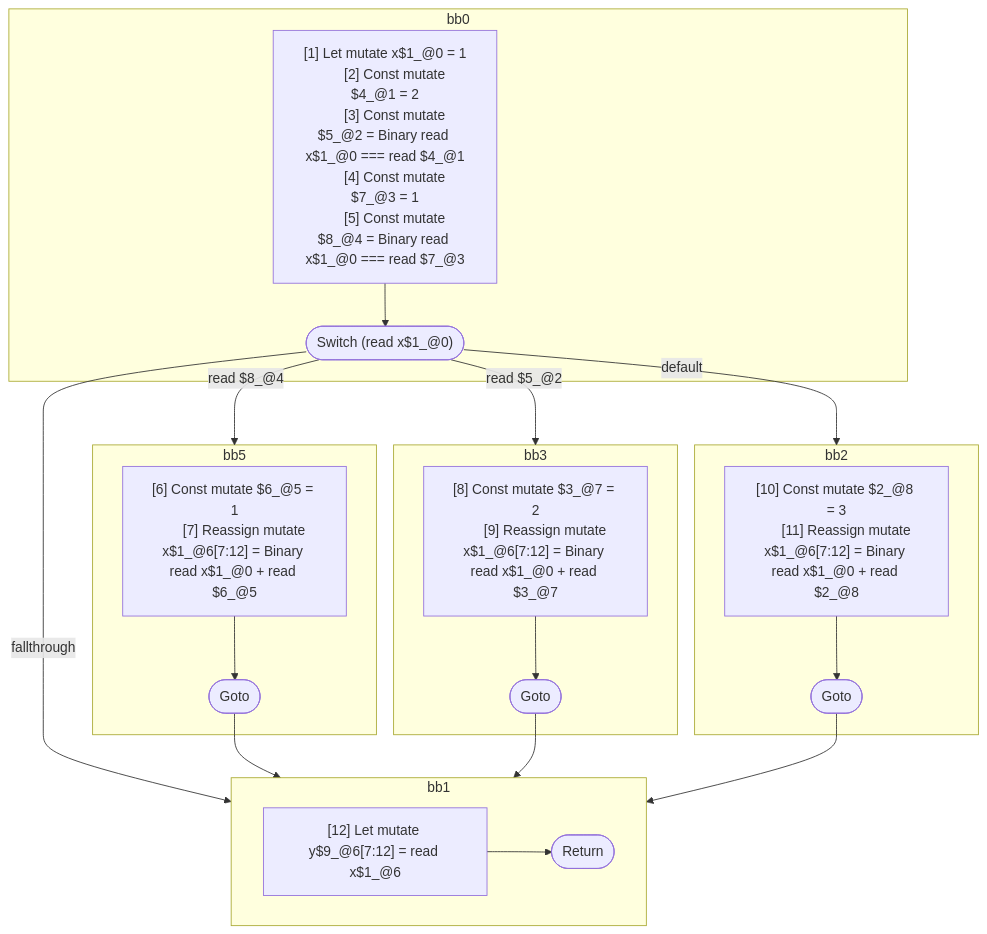
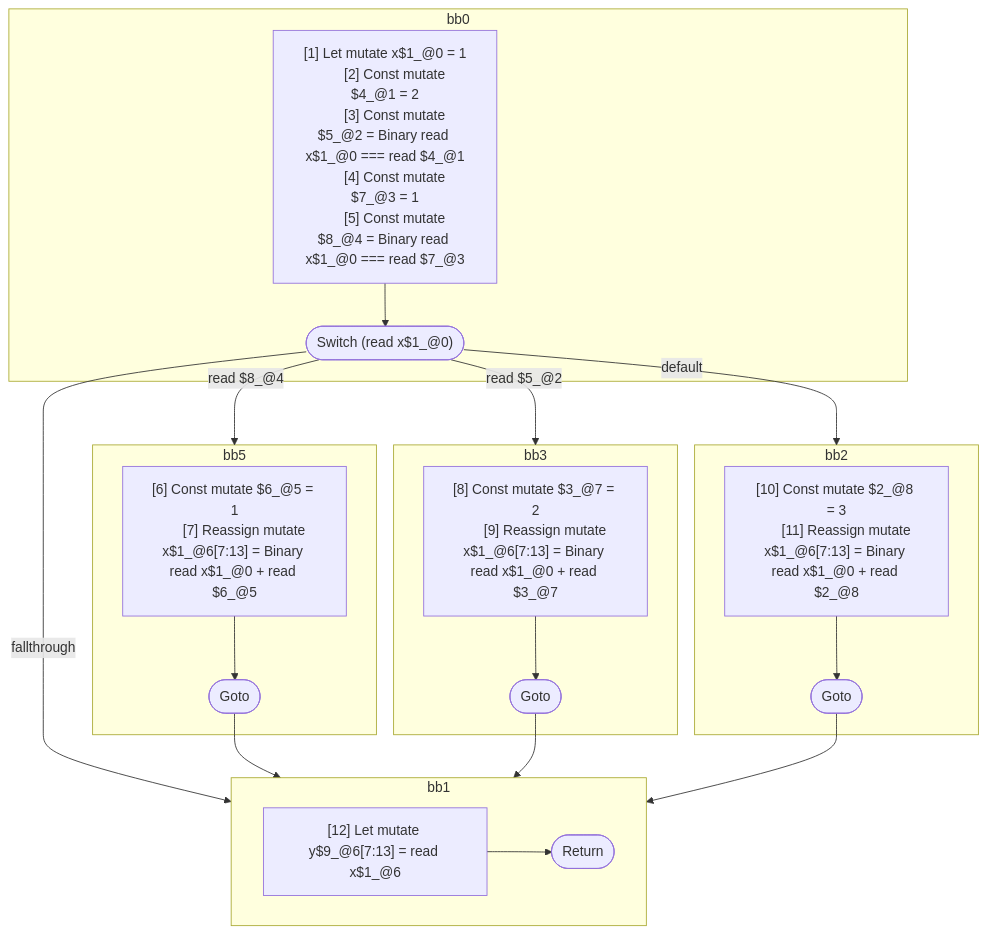
One commit to wutsmog/private changed the diagram in compiler/forget/src/__tests__/fixtures/hir/ssa-switch.expect.md. Above: the diagram before and after it, drawn with Mermaid. The commit also changed other lines of this file and 45 other files, not shown here.

````diff
--- a/compiler/forget/src/__tests__/fixtures/hir/ssa-switch.expect.md
+++ b/compiler/forget/src/__tests__/fixtures/hir/ssa-switch.expect.md
@@ -63,51 +63,51 @@
 ```mermaid
 flowchart TB
   %% Basic Blocks
   subgraph bb0
     bb0_instrs["
       [1] Let mutate x$1_@0 = 1
       [2] Const mutate $4_@1 = 2
       [3] Const mutate $5_@2 = Binary read x$1_@0 === read $4_@1
       [4] Const mutate $7_@3 = 1
       [5] Const mutate $8_@4 = Binary read x$1_@0 === read $7_@3
     "]
     bb0_instrs --> bb0_terminal(["Switch (read x$1_@0)"])
   end
   subgraph bb5
     bb5_instrs["
       [6] Const mutate $6_@5 = 1
-      [7] Reassign mutate x$1_@6[7:12] = Binary read x$1_@0 + read $6_@5
+      [7] Reassign mutate x$1_@6[7:13] = Binary read x$1_@0 + read $6_@5
     "]
     bb5_instrs --> bb5_terminal(["Goto"])
   end
   subgraph bb3
     bb3_instrs["
       [8] Const mutate $3_@7 = 2
-      [9] Reassign mutate x$1_@6[7:12] = Binary read x$1_@0 + read $3_@7
+      [9] Reassign mutate x$1_@6[7:13] = Binary read x$1_@0 + read $3_@7
     "]
     bb3_instrs --> bb3_terminal(["Goto"])
   end
   subgraph bb2
     bb2_instrs["
       [10] Const mutate $2_@8 = 3
-      [11] Reassign mutate x$1_@6[7:12] = Binary read x$1_@0 + read $2_@8
+      [11] Reassign mutate x$1_@6[7:13] = Binary read x$1_@0 + read $2_@8
     "]
     bb2_instrs --> bb2_terminal(["Goto"])
   end
   subgraph bb1
     bb1_instrs["
-      [12] Let mutate y$9_@6[7:12] = read x$1_@6
+      [12] Let mutate y$9_@6[7:13] = read x$1_@6
     "]
     bb1_instrs --> bb1_terminal(["Return"])
   end
 
   %% Jumps
   bb0_terminal -- "read $8_@4" --> bb5
   bb0_terminal -- "read $5_@2" --> bb3
   bb0_terminal -- "default" --> bb2
   bb0_terminal -- "fallthrough" --> bb1
   bb5_terminal --> bb1
   bb3_terminal --> bb1
   bb2_terminal --> bb1
 
 ```
````
